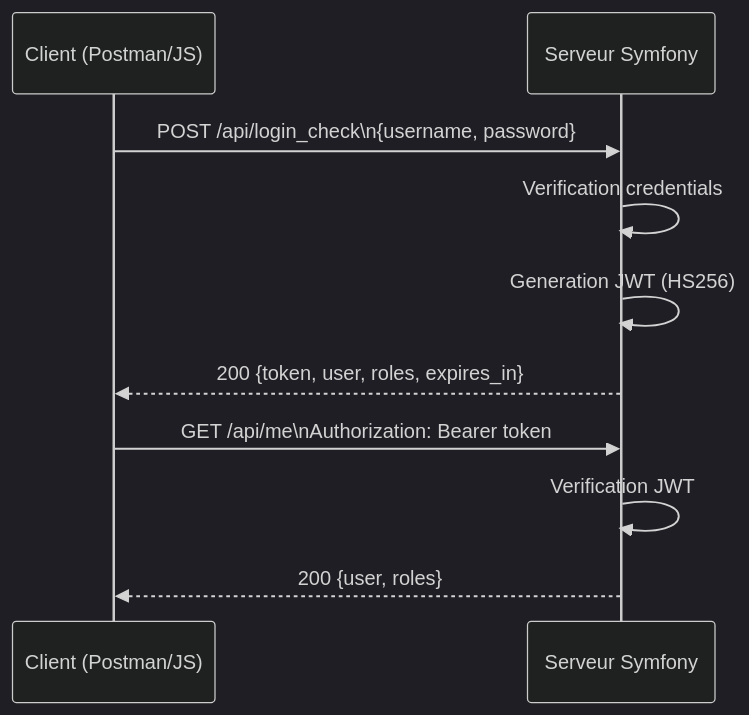
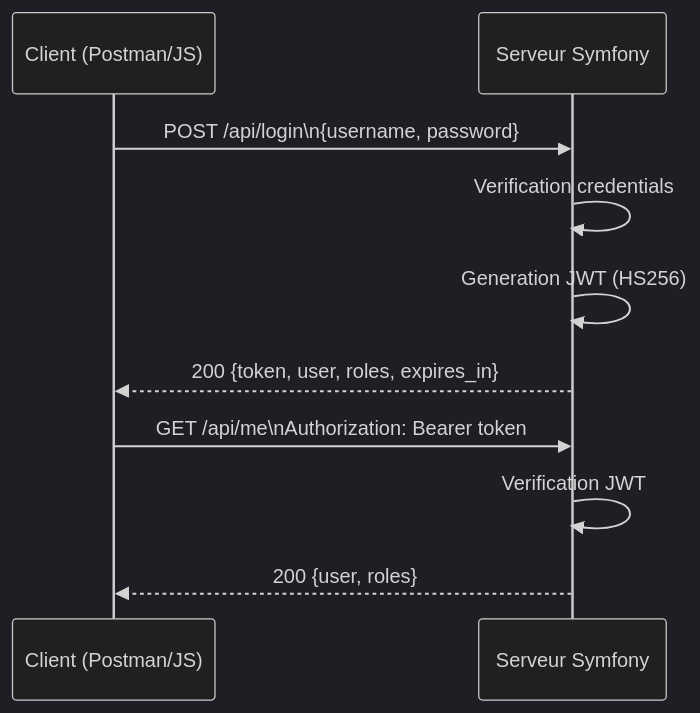
Before and after one commit to Nourhene-z/reservation_events: the first of 2 diagrams in ANNEXE_TECHNIQUE_JWT_PASSKEYS.md, drawn with Mermaid (dark theme). The commit also changed other lines of this file, not shown here.

````diff
--- a/ANNEXE_TECHNIQUE_JWT_PASSKEYS.md
+++ b/ANNEXE_TECHNIQUE_JWT_PASSKEYS.md
@@ -37,14 +37,14 @@
 ```mermaid
 sequenceDiagram
     participant C as Client (Postman/JS)
     participant S as Serveur Symfony
 
-    C->>S: POST /api/login_check\n{username, password}
+    C->>S: POST /api/login\n{username, password}
     S->>S: Verification credentials
     S->>S: Generation JWT (HS256)
     S-->>C: 200 {token, user, roles, expires_in}
 
     C->>S: GET /api/me\nAuthorization: Bearer token
     S->>S: Verification JWT
     S-->>C: 200 {user, roles}
 ```
````
